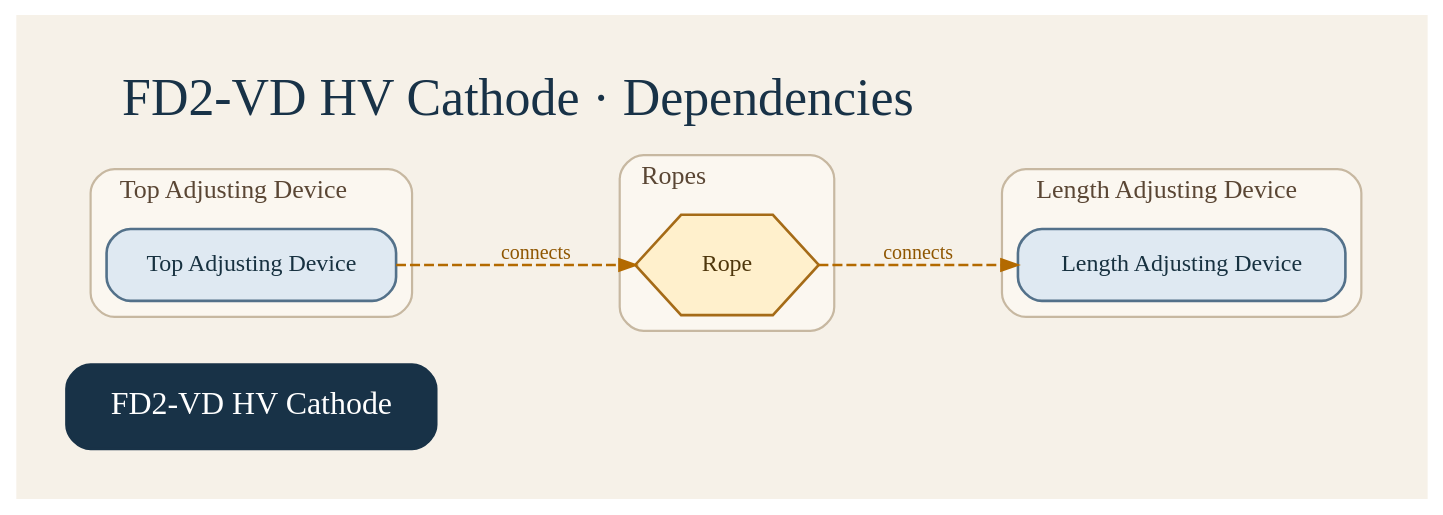
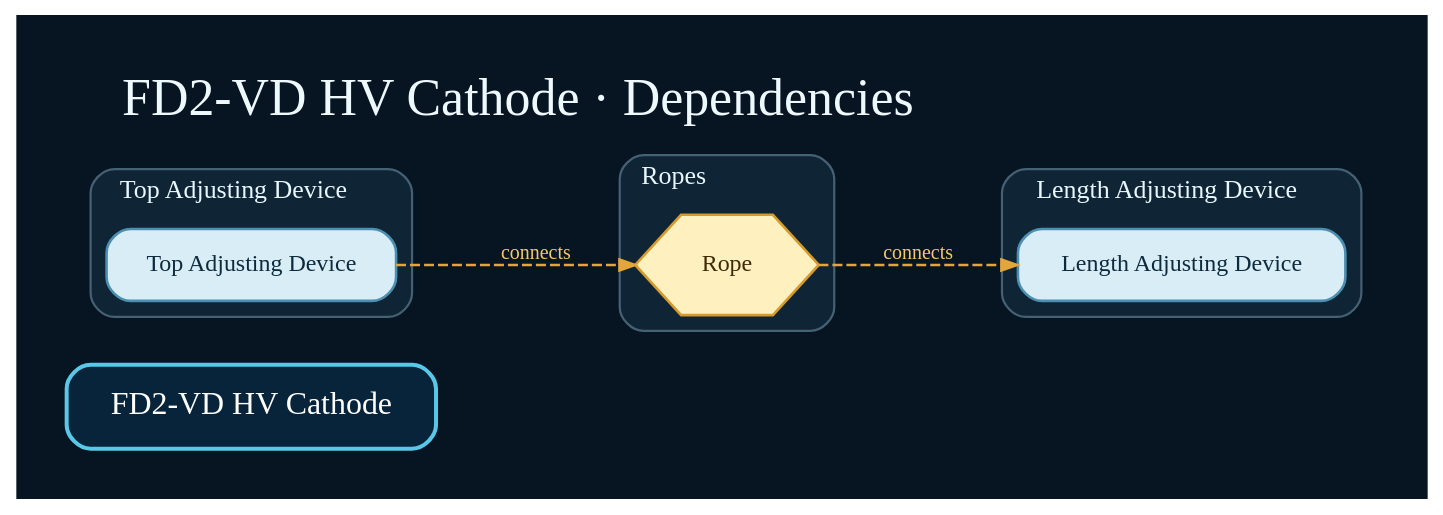
Before and after one commit to marroyav/hardware-database: the diagram in docs/dot/fd2_vd_hv_cathode_dependency.dot, drawn with Graphviz. The commit also changed 93 other files, not shown here.

```diff
--- a/docs/dot/fd2_vd_hv_cathode_dependency.dot
+++ b/docs/dot/fd2_vd_hv_cathode_dependency.dot
@@ -1,71 +1,71 @@
 digraph HardwareModel {
   graph [
     rankdir=LR,
     splines=true,
     overlap=false,
     newrank=true,
     compound=true,
-    bgcolor="#f6f1e8",
+    bgcolor="#071421",
     pad="0.35",
     nodesep="0.45",
     ranksep="0.8",
     label="FD2-VD HV Cathode · Dependencies",
     labelloc="t",
     labeljust="l",
-    fontname="Iowan Old Style",
+    fontname="Avenir Next",
     fontsize=26,
-    fontcolor="#183247"
+    fontcolor="#edf8ff"
   ];
   node [fontname="Avenir Next", fontsize=12, margin="0.18,0.12", penwidth=1.3];
-  edge [fontname="Avenir Next", fontsize=10, arrowsize=0.8, penwidth=1.2, color="#33536a", fontcolor="#33536a"];
+  edge [fontname="Avenir Next", fontsize=10, arrowsize=0.8, penwidth=1.2, color="#6ecbe8", fontcolor="#bdefff"];
 
-  fd2_vd_hv_cathode [label="FD2-VD HV Cathode", fontname="Avenir Next", URL="../explorer.html#object=fd2_vd_hv_cathode", target="_top", tooltip="Open FD2-VD HV Cathode in the interactive explorer", shape="box", style="rounded,filled", fillcolor="#183247", color="#183247", fontcolor="#ffffff", fontsize="16", margin="0.24,0.16", penwidth="1.5"];
+  fd2_vd_hv_cathode [label="FD2-VD HV Cathode", fontname="Avenir Next", URL="../explorer.html#object=fd2_vd_hv_cathode", target="_top", tooltip="Open FD2-VD HV Cathode in the interactive explorer", shape="box", style="rounded,filled", fillcolor="#08243a", color="#58c7e8", fontcolor="#ffffff", fontsize="16", margin="0.24,0.16", penwidth="2.0"];
 
   subgraph cluster_fd2_vd_hv_cathode_lad {
     label="Length Adjusting Device";
     style="rounded,filled";
-    color="#c7b8a1";
-    fillcolor="#fbf7f0";
+    color="#456174";
+    fillcolor="#0f2434";
     penwidth=1.1;
     fontname="Avenir Next";
     fontsize=13;
-    fontcolor="#5a4634";
+    fontcolor="#e8f7ff";
     URL="../explorer.html#object=fd2_vd_hv_cathode.lad";
     target="_top";
     tooltip="Open Length Adjusting Device in the interactive explorer";
-    fd2_vd_hv_cathode_lad_component [label="Length Adjusting Device", fontname="Avenir Next", URL="../explorer.html#object=fd2_vd_hv_cathode.lad_component", target="_top", tooltip="Open Length Adjusting Device in the interactive explorer", shape="box", style="rounded,filled", fillcolor="#dfe9f2", color="#53718a", fontcolor="#173140"];
+    fd2_vd_hv_cathode_lad_component [label="Length Adjusting Device", fontname="Avenir Next", URL="../explorer.html#object=fd2_vd_hv_cathode.lad_component", target="_top", tooltip="Open Length Adjusting Device in the interactive explorer", shape="box", style="rounded,filled", fillcolor="#d9edf7", color="#4c8fb0", fontcolor="#0d2b3d"];
   }
 
   subgraph cluster_fd2_vd_hv_cathode_ropes {
     label="Ropes";
     style="rounded,filled";
-    color="#c7b8a1";
-    fillcolor="#fbf7f0";
+    color="#456174";
+    fillcolor="#0f2434";
     penwidth=1.1;
     fontname="Avenir Next";
     fontsize=13;
-    fontcolor="#5a4634";
+    fontcolor="#e8f7ff";
     URL="../explorer.html#object=fd2_vd_hv_cathode.ropes";
     target="_top";
     tooltip="Open Ropes in the interactive explorer";
-    fd2_vd_hv_cathode_rope_component [label="Rope", fontname="Avenir Next", URL="../explorer.html#object=fd2_vd_hv_cathode.rope_component", target="_top", tooltip="Open Rope in the interactive explorer", shape="hexagon", style="filled", fillcolor="#fff0cc", color="#a56b17", fontcolor="#4f370c"];
+    fd2_vd_hv_cathode_rope_component [label="Rope", fontname="Avenir Next", URL="../explorer.html#object=fd2_vd_hv_cathode.rope_component", target="_top", tooltip="Open Rope in the interactive explorer", shape="hexagon", style="filled", fillcolor="#fff0bf", color="#d69a2d", fontcolor="#3f2a08"];
   }
 
   subgraph cluster_fd2_vd_hv_cathode_tad {
     label="Top Adjusting Device";
     style="rounded,filled";
-    color="#c7b8a1";
-    fillcolor="#fbf7f0";
+    color="#456174";
+    fillcolor="#0f2434";
     penwidth=1.1;
     fontname="Avenir Next";
     fontsize=13;
-    fontcolor="#5a4634";
+    fontcolor="#e8f7ff";
     URL="../explorer.html#object=fd2_vd_hv_cathode.tad";
     target="_top";
     tooltip="Open Top Adjusting Device in the interactive explorer";
-    fd2_vd_hv_cathode_tad_component [label="Top Adjusting Device", fontname="Avenir Next", URL="../explorer.html#object=fd2_vd_hv_cathode.tad_component", target="_top", tooltip="Open Top Adjusting Device in the interactive explorer", shape="box", style="rounded,filled", fillcolor="#dfe9f2", color="#53718a", fontcolor="#173140"];
+    fd2_vd_hv_cathode_tad_component [label="Top Adjusting Device", fontname="Avenir Next", URL="../explorer.html#object=fd2_vd_hv_cathode.tad_component", target="_top", tooltip="Open Top Adjusting Device in the interactive explorer", shape="box", style="rounded,filled", fillcolor="#d9edf7", color="#4c8fb0", fontcolor="#0d2b3d"];
   }
 
-  fd2_vd_hv_cathode_tad_component -> fd2_vd_hv_cathode_rope_component [URL="../explorer.html#object=relation%3A26", target="_top", tooltip="Open connects to relation in the interactive explorer", color="#b36a00", fontcolor="#8f5600", style="dashed", penwidth="1.2", label="connects"];
-  fd2_vd_hv_cathode_rope_component -> fd2_vd_hv_cathode_lad_component [URL="../explorer.html#object=relation%3A27", target="_top", tooltip="Open connects to relation in the interactive explorer", color="#b36a00", fontcolor="#8f5600", style="dashed", penwidth="1.2", label="connects"];
+  fd2_vd_hv_cathode_tad_component -> fd2_vd_hv_cathode_rope_component [URL="../explorer.html#object=relation%3A26", target="_top", tooltip="Open connects to relation in the interactive explorer", color="#e3a63b", fontcolor="#f4c86f", style="dashed", penwidth="1.2", label="connects"];
+  fd2_vd_hv_cathode_rope_component -> fd2_vd_hv_cathode_lad_component [URL="../explorer.html#object=relation%3A27", target="_top", tooltip="Open connects to relation in the interactive explorer", color="#e3a63b", fontcolor="#f4c86f", style="dashed", penwidth="1.2", label="connects"];
 }
```
